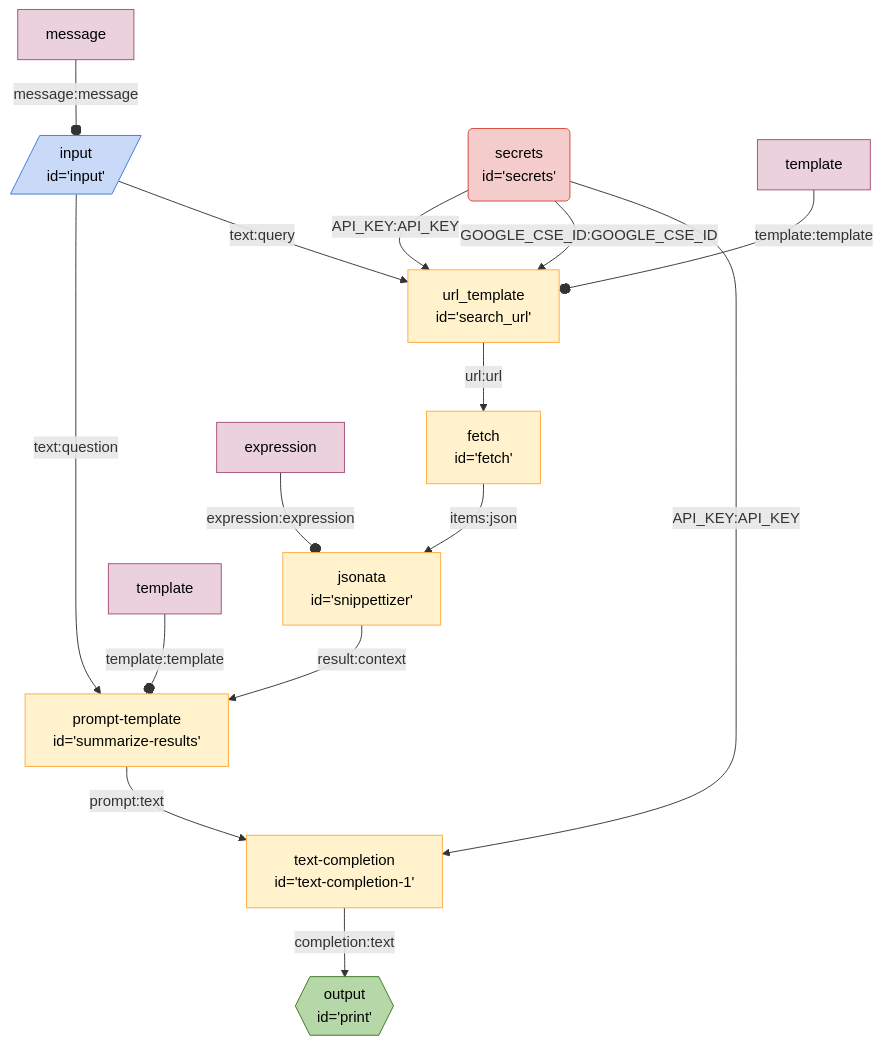
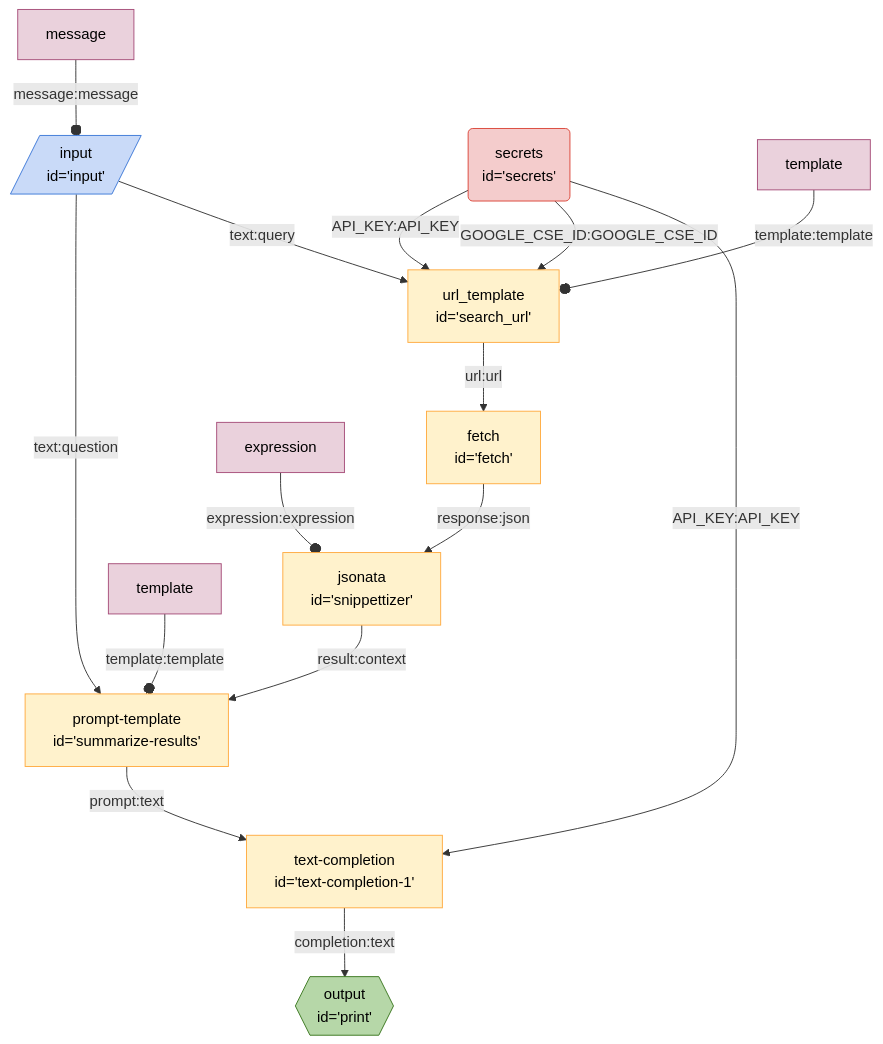
Before and after one commit to breadboard-ai/breadboard: the diagram in seeds/graph-playground/docs/graphs/search-summarize-fetch.md, drawn with Mermaid.

Commit message:
[graphs] Update graphs.

````diff
--- a/seeds/graph-playground/docs/graphs/search-summarize-fetch.md
+++ b/seeds/graph-playground/docs/graphs/search-summarize-fetch.md
@@ -4,46 +4,46 @@
 ```mermaid
 %%{init: 'themeVariables': { 'fontFamily': 'Fira Code, monospace' }}%%
 graph TD;
 input[/"input
 id='input'"/]:::input -- text:question --> summarizeresults["prompt-template
 id='summarize-results'"]
 secrets("secrets
 id='secrets'"):::secrets -- API_KEY:API_KEY --> search_url["url_template
 id='search_url'"]
 secrets("secrets
 id='secrets'"):::secrets -- GOOGLE_CSE_ID:GOOGLE_CSE_ID --> search_url["url_template
 id='search_url'"]
 input[/"input
 id='input'"/]:::input -- text:query --> search_url["url_template
 id='search_url'"]
 search_url["url_template
 id='search_url'"] -- url:url --> fetch["fetch
 id='fetch'"]
 fetch["fetch
-id='fetch'"] -- items:json --> snippettizer["jsonata
+id='fetch'"] -- response:json --> snippettizer["jsonata
 id='snippettizer'"]
 snippettizer["jsonata
 id='snippettizer'"] -- result:context --> summarizeresults["prompt-template
 id='summarize-results'"]
 secrets("secrets
 id='secrets'"):::secrets -- API_KEY:API_KEY --> textcompletion1["text-completion
 id='text-completion-1'"]
 summarizeresults["prompt-template
 id='summarize-results'"] -- prompt:text --> textcompletion1["text-completion
 id='text-completion-1'"]
 textcompletion1["text-completion
 id='text-completion-1'"] -- completion:text --> print{{"output
 id='print'"}}:::output
 messageinput[message]:::config -- message:message --o input
 templatesearch_url[template]:::config -- template:template --o search_url
 expressionsnippettizer[expression]:::config -- expression:expression --o snippettizer
 templatesummarizeresults[template]:::config -- template:template --o summarizeresults
 classDef default stroke:#ffab40,fill:#fff2ccff,color:#000
 classDef input stroke:#3c78d8,fill:#c9daf8ff,color:#000
 classDef output stroke:#38761d,fill:#b6d7a8ff,color:#000
 classDef passthrough stroke:#a64d79,fill:#ead1dcff,color:#000
 classDef slot stroke:#a64d79,fill:#ead1dcff,color:#000
 classDef config stroke:#a64d79,fill:#ead1dcff,color:#000
 classDef secrets stroke:#db4437,fill:#f4cccc,color:#000
 classDef slotted stroke:#a64d79
 ```
````
